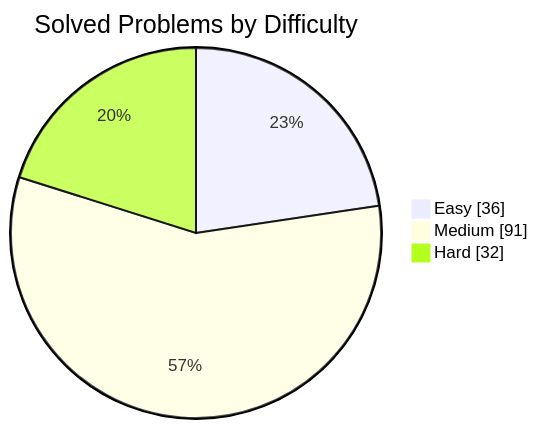
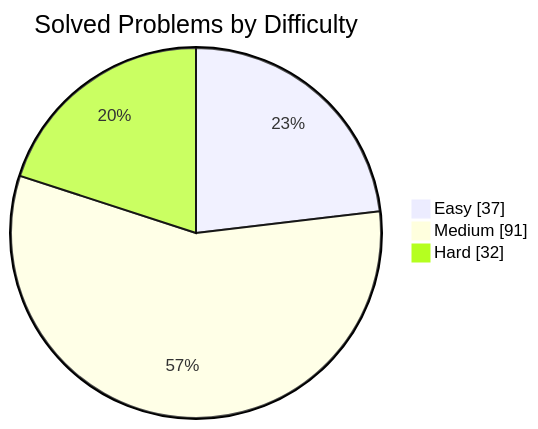
The first of 2 diagrams in README.md (manikantbindass/DSA-Preparation-FAANG), drawn with Mermaid before and after one commit. The commit also changed other lines of this file, not shown here.

````diff
--- a/README.md
+++ b/README.md
@@ -38,7 +38,7 @@
 ```mermaid
 pie showData
     title Solved Problems by Difficulty
-    "Easy" : 36
+    "Easy" : 37
     "Medium" : 91
     "Hard" : 32
 ```
````
